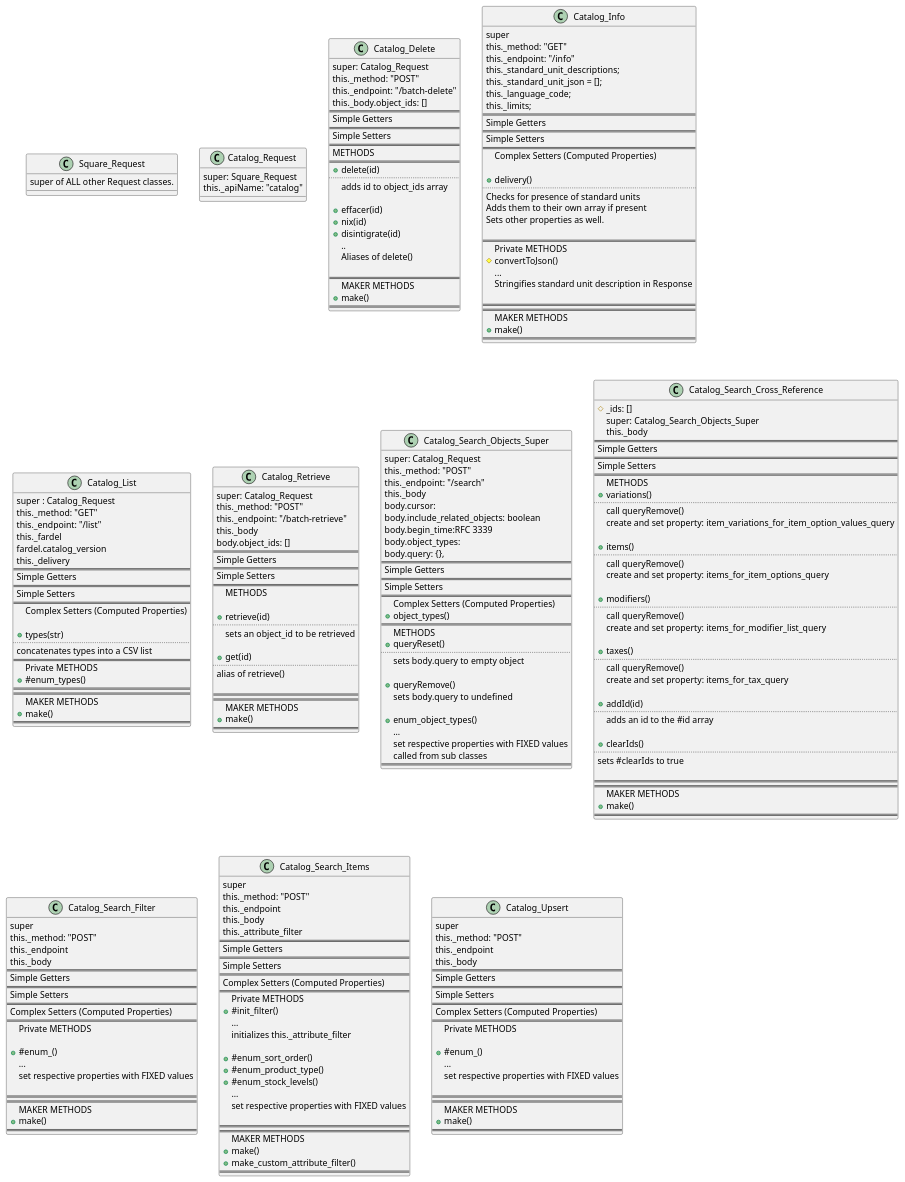
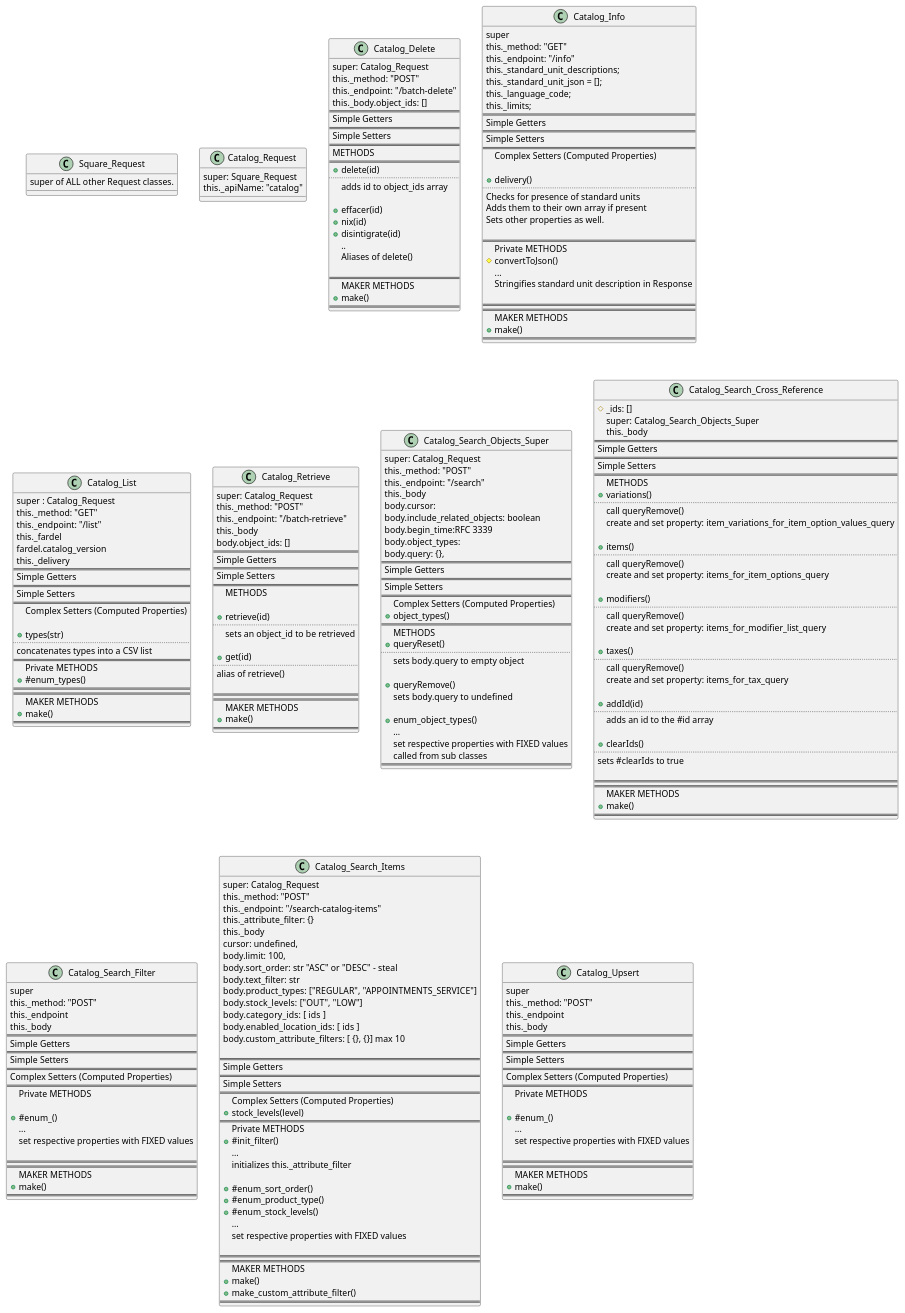
The diagram in docs/uml/catalog_request_pie.puml (TwoFistedJustice/square-pie), drawn with PlantUML before and after one commit.

Commit message:
docs: diagram Catalog_Search_Items

```diff
--- a/docs/uml/catalog_request_pie.puml
+++ b/docs/uml/catalog_request_pie.puml
@@ -237,17 +237,28 @@
 
 
 class Catalog_Search_Items{
-super
+super: Catalog_Request
 this._method: "POST"
-this._endpoint
+this._endpoint: "/search-catalog-items"
+this._attribute_filter: {}
 this._body
-this._attribute_filter
+cursor: undefined,
+body.limit: 100,
+body.sort_order: str "ASC" or "DESC" - steal
+body.text_filter: str
+body.product_types:  ["REGULAR", "APPOINTMENTS_SERVICE"]
+body.stock_levels:  ["OUT", "LOW"]
+body.category_ids:  [ ids ]
+body.enabled_location_ids:  [ ids ]
+body.custom_attribute_filters: [ {}, {}] max 10
+
 ==
 Simple Getters
 ==
 Simple Setters
 ==
 Complex Setters (Computed Properties)
++ stock_levels(level)
 ==
 Private METHODS
 +#init_filter()
```
